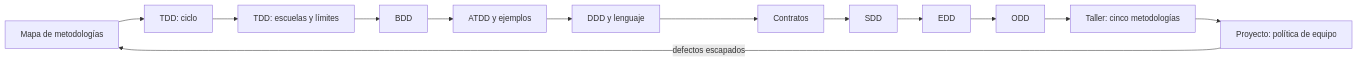
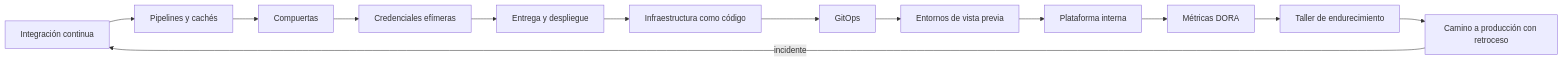
Before and after one commit to vladimiracunadev-create/modern-software-engineering-program: the diagram in content/part-40/README.md, drawn with Mermaid. The commit also changed other lines of this file and 5193 other files, not shown here.

````diff
--- a/content/part-40/README.md
+++ b/content/part-40/README.md
@@ -13,15 +11,15 @@
 ```mermaid
 flowchart LR
-    A[Mapa de metodologías] --> B[TDD: ciclo]
-    B --> C[TDD: escuelas y límites]
-    C --> D[BDD]
-    D --> E[ATDD y ejemplos]
-    E --> F[DDD y lenguaje]
-    F --> G[Contratos]
-    G --> H[SDD]
-    H --> I[EDD]
-    I --> J[ODD]
-    J --> K[Taller: cinco metodologías]
-    K --> L[Proyecto: política de equipo]
-    L -->|defectos escapados| A
+    A[Integración continua] --> B[Pipelines y cachés]
+    B --> C[Compuertas]
+    C --> D[Credenciales efímeras]
+    D --> E[Entrega y despliegue]
+    E --> F[Infraestructura como código]
+    F --> G[GitOps]
+    G --> H[Entornos de vista previa]
+    H --> I[Plataforma interna]
+    I --> J[Métricas DORA]
+    J --> K[Taller de endurecimiento]
+    K --> L[Camino a producción con retroceso]
+    L -->|incidente| A
 ```
````
